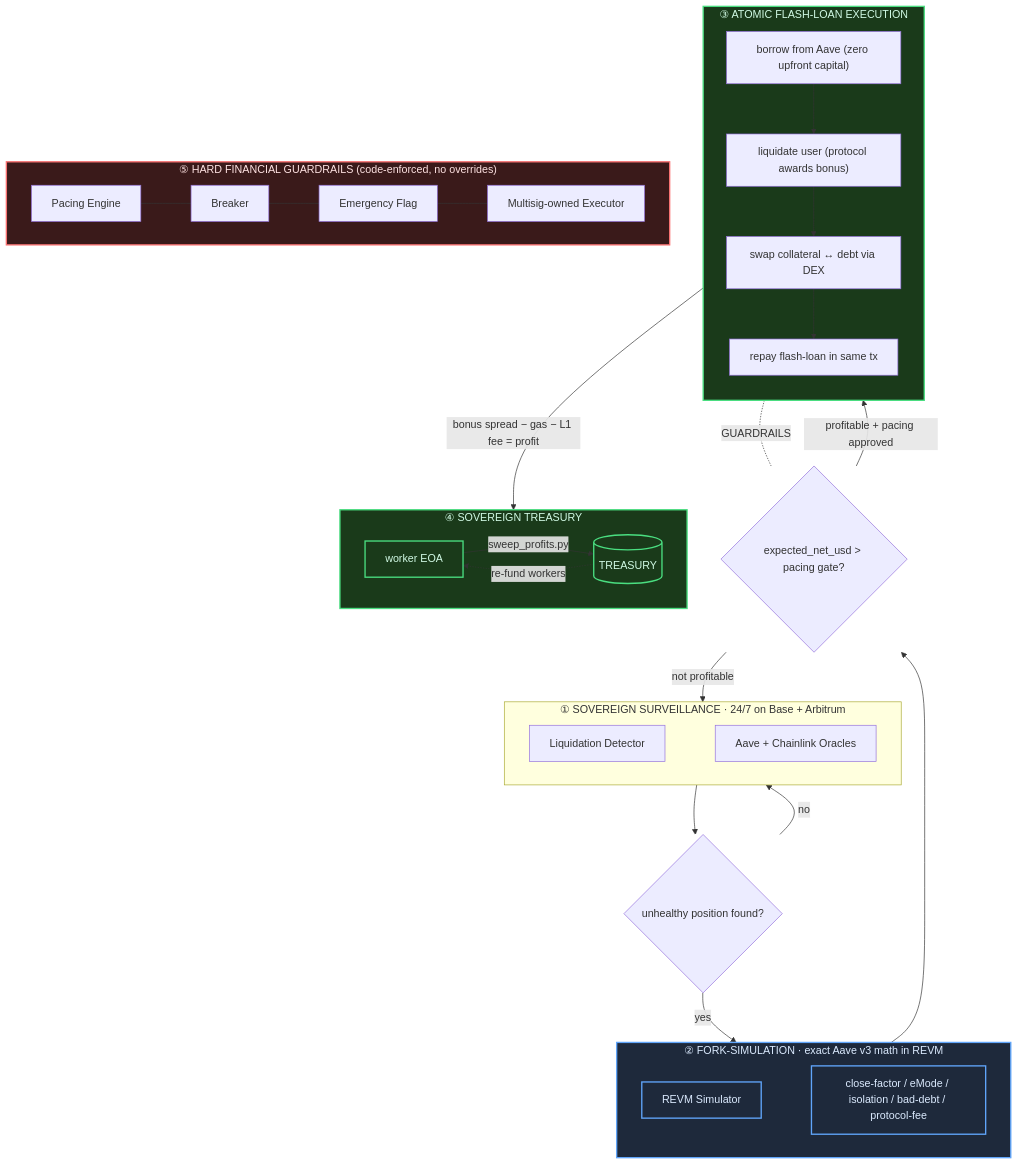
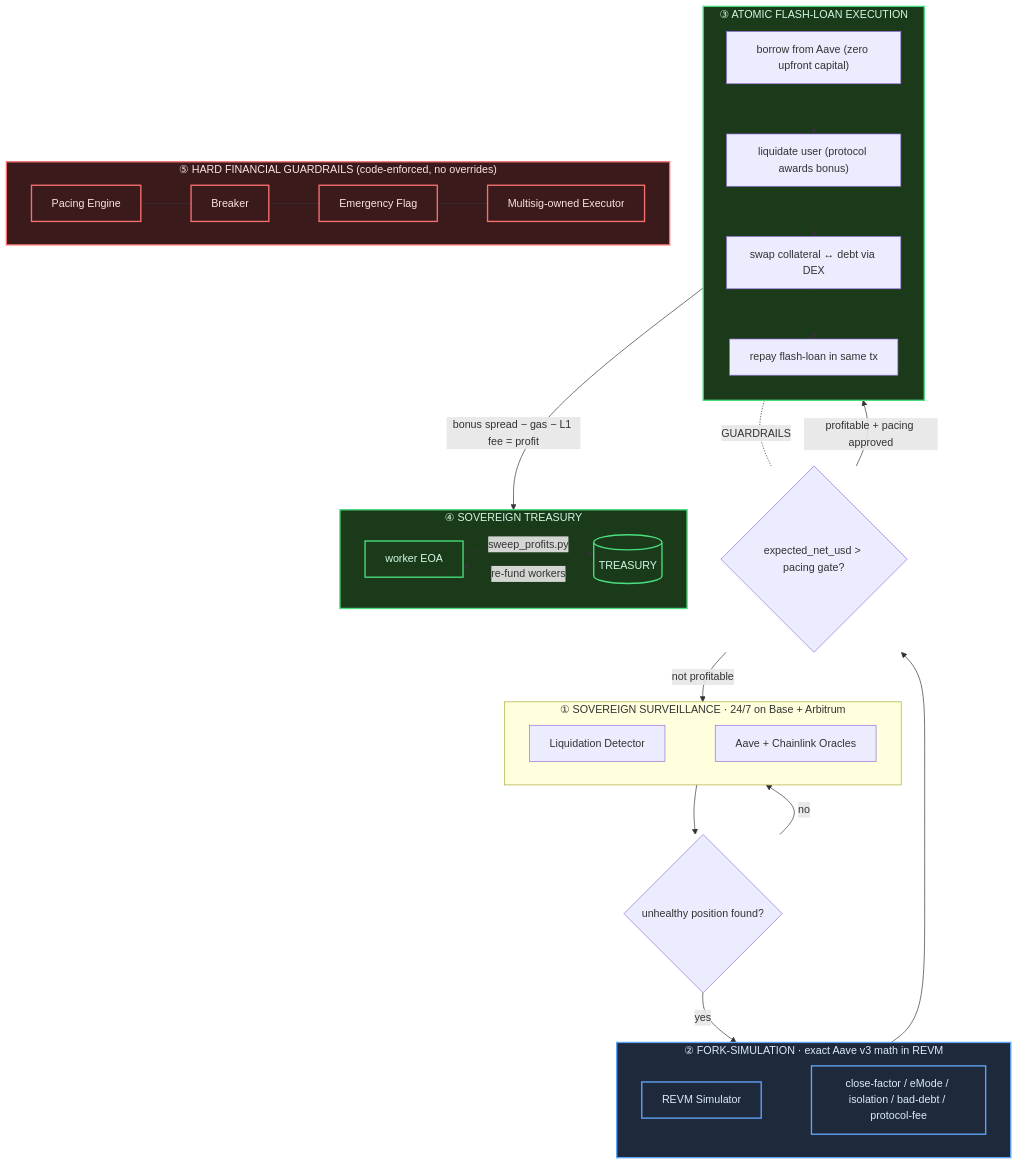
One commit to clduab11/project-chimera changed the second of 2 diagrams in README.md. Above: the diagram before and after it, drawn with Mermaid.

Commit message:
fix: correct Mermaid class node references to match actual diagram nodes

````diff
--- a/README.md
+++ b/README.md
@@ -47,46 +47,46 @@
 ```mermaid
 flowchart TB
     subgraph SCAN["① SOVEREIGN SURVEILLANCE  ·  24/7 on Base + Arbitrum"]
         direction LR
         D[Liquidation Detector] ~~~ O[Aave + Chainlink Oracles]
     end
     SCAN --> CANDIDATE{unhealthy position found?}
 
     subgraph SIM["② FORK-SIMULATION  ·  exact Aave v3 math in REVM"]
         direction LR
         S[REVM Simulator] ~~~ CB[close-factor / eMode / isolation / bad-debt / protocol-fee]
     end
     CANDIDATE -->|yes| SIM
     CANDIDATE -->|no| SCAN
 
     SIM --> PROFIT{expected_net_usd > pacing gate?}
 
     subgraph FIRE["③ ATOMIC FLASH-LOAN EXECUTION"]
         direction TB
         FL["borrow from Aave (zero upfront capital)"] --> LIQ["liquidate user (protocol awards bonus)"]
         LIQ --> SWAP["swap collateral ↔ debt via DEX"]
         SWAP --> REPAY["repay flash-loan in same tx"]
     end
     PROFIT -->|profitable + pacing approved| FIRE
     PROFIT -->|not profitable| SCAN
 
     subgraph KEEP["④ SOVEREIGN TREASURY"]
         direction LR
         EOA[worker EOA] -->|sweep_profits.py| T[(TREASURY)]
         T -.->|re-fund workers| EOA
     end
     FIRE -->|bonus spread − gas − L1 fee = profit| KEEP
 
     subgraph GUARDRAILS["⑤ HARD FINANCIAL GUARDRAILS  (code-enforced, no overrides)"]
         direction LR
         PE[Pacing Engine] --- BK[Breaker] --- EF[Emergency Flag] --- MS[Multisig-owned Executor]
     end
     FIRE -.GUARDRAILS.- PROFIT
 
     classDef money fill:#1a3a1a,stroke:#4ade80,stroke-width:2px,color:#d1fae5
     classDef guard fill:#3a1a1a,stroke:#f87171,stroke-width:2px,color:#fee2e2
     classDef brain fill:#1e293b,stroke:#60a5fa,stroke-width:2px,color:#dbeafe
-    class EXEC,FIRE,KEEP,EOA,T money
-    class G,GUARDRAILS guard
-    class BRAIN,SIM,S,CB brain
+    class FIRE,KEEP,EOA,T money
+    class GUARDRAILS,PE,BK,EF,MS guard
+    class SIM,S,CB brain
 ```
````
